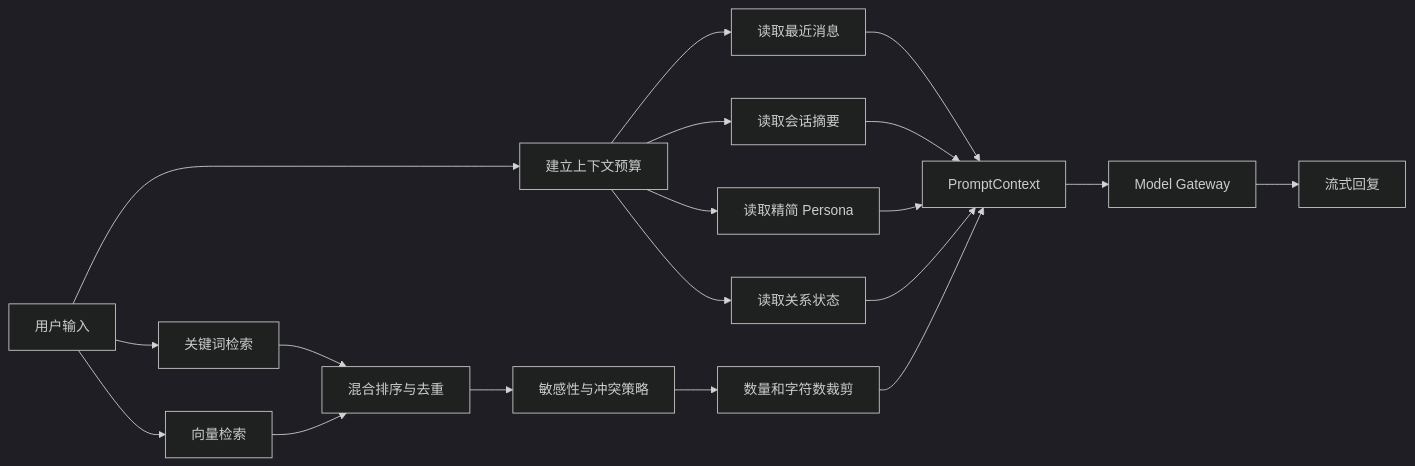
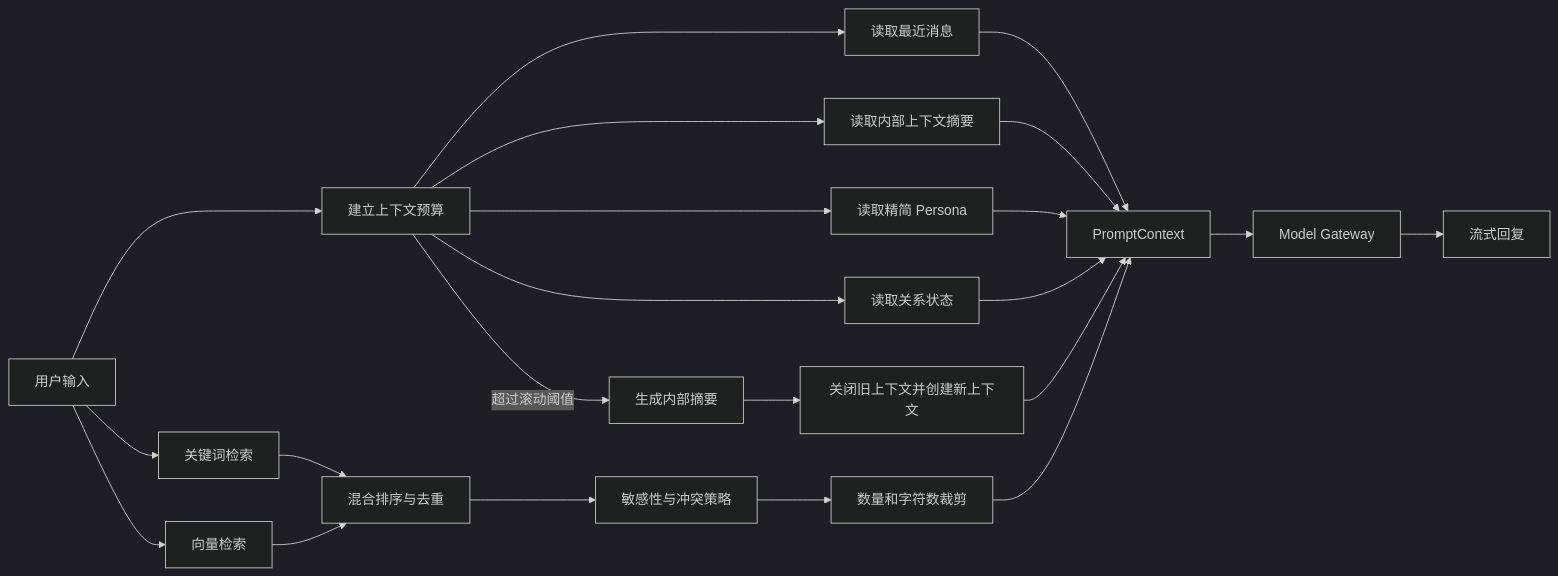
The eighth of 11 diagrams in docs/uml.md (gaoyong06/companion-service), drawn with Mermaid (dark theme) before and after one commit. The commit also changed other lines of this file and 50 other files, not shown here.

````diff
--- a/docs/uml.md
+++ b/docs/uml.md
@@ -123,21 +201,25 @@
 ```mermaid
 flowchart LR
     Input[用户输入] --> Budget[建立上下文预算]
     Budget --> Recent[读取最近消息]
-    Budget --> Summary[读取会话摘要]
+    Budget --> Summary[读取内部上下文摘要]
     Budget --> Profile[读取精简 Persona]
     Budget --> Relation[读取关系状态]
     Input --> Keyword[关键词检索]
     Input --> Vector[向量检索]
     Keyword --> Fusion[混合排序与去重]
     Vector --> Fusion
     Fusion --> Policy[敏感性与冲突策略]
     Policy --> Limit[数量和字符数裁剪]
     Recent --> Prompt[PromptContext]
     Summary --> Prompt
     Profile --> Prompt
     Relation --> Prompt
     Limit --> Prompt
     Prompt --> Model[Model Gateway]
     Model --> Stream[流式回复]
+
+    Budget -->|超过滚动阈值| Summarize[生成内部摘要]
+    Summarize --> Roll[关闭旧上下文并创建新上下文]
+    Roll --> Prompt
 ```
````
